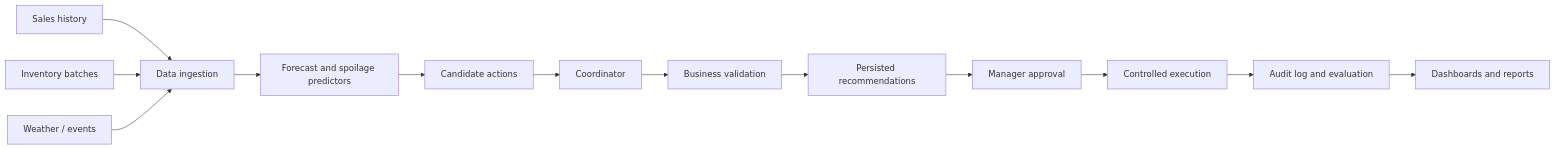
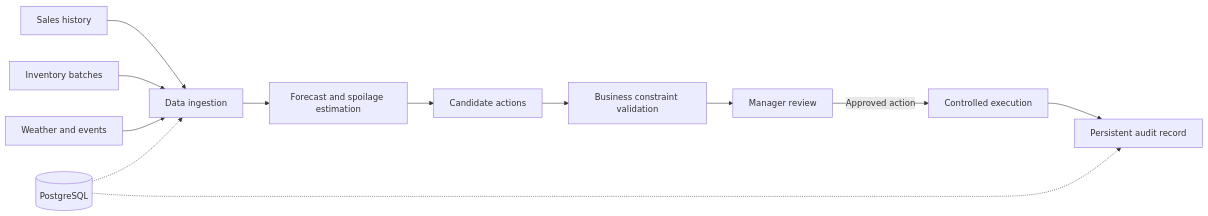
Before and after one commit to A-Sai-Suraj/Zero-Waste-Grocery-An-Agentic-AI-Approach-to-Perishable-Demand-Shelf-Life-Management: the third of 3 diagrams in docs/architecture.md, drawn with Mermaid. The commit also changed other lines of this file and 4 other files, not shown here.

````diff
--- a/docs/architecture.md
+++ b/docs/architecture.md
@@ -124,15 +47,14 @@
 ```mermaid
 flowchart LR
     SALES[Sales history] --> FEED[Data ingestion]
     INV[Inventory batches] --> FEED
-    WEATHER[Weather / events] --> FEED
-    FEED --> ML[Forecast and spoilage predictors]
-    ML --> ACTIONS[Candidate actions]
-    ACTIONS --> ORCH[Coordinator]
-    ORCH --> VALIDATE[Business validation]
-    VALIDATE --> RECOMMENDATIONS[Persisted recommendations]
-    RECOMMENDATIONS --> REVIEW[Manager approval]
-    REVIEW --> EXECUTION[Controlled execution]
-    EXECUTION --> LOGS[Audit log and evaluation]
-    LOGS --> REPORTS[Dashboards and reports]
+    WEATHER[Weather and events] --> FEED
+    FEED --> ML[Forecast and spoilage estimation]
+    ML --> CAND[Candidate actions]
+    CAND --> VALIDATE[Business constraint validation]
+    VALIDATE --> REVIEW[Manager review]
+    REVIEW -->|Approved action| EXEC[Controlled execution]
+    EXEC --> AUDIT[Persistent audit record]
+    DB[(PostgreSQL)] -.-> FEED
+    DB -.-> AUDIT
 ```
````
